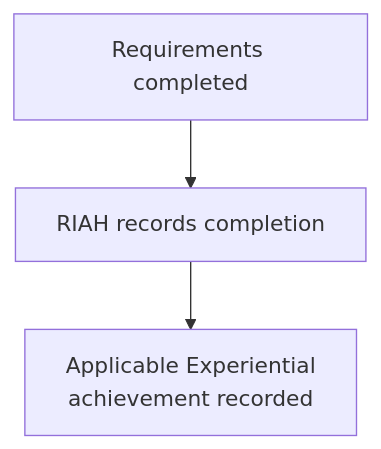
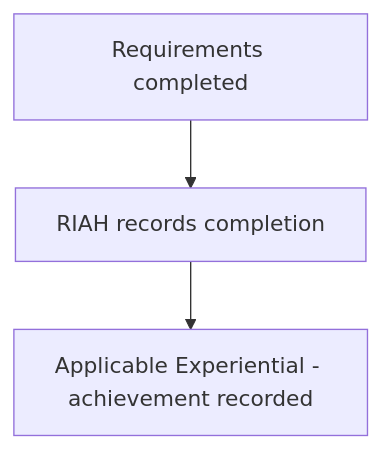
Before and after one commit to RIAHPathway/Website-Draft: the ninth of 18 diagrams in RIAH-PATHWAY-EXPERIENTIAL-STRUCTURE/EXPERIENTIAL-STRUCTURE.md, drawn with Mermaid. The commit also changed other lines of this file, not shown here.

````diff
--- a/RIAH-PATHWAY-EXPERIENTIAL-STRUCTURE/EXPERIENTIAL-STRUCTURE.md
+++ b/RIAH-PATHWAY-EXPERIENTIAL-STRUCTURE/EXPERIENTIAL-STRUCTURE.md
@@ -550,5 +550,5 @@
 ```mermaid
 flowchart TD
     A["Requirements completed"] --> B["RIAH records completion"]
-    B --> C["Applicable Experiential<br>achievement recorded"]
+    B --> C["Applicable Experiential - achievement recorded"]
 ```
````
